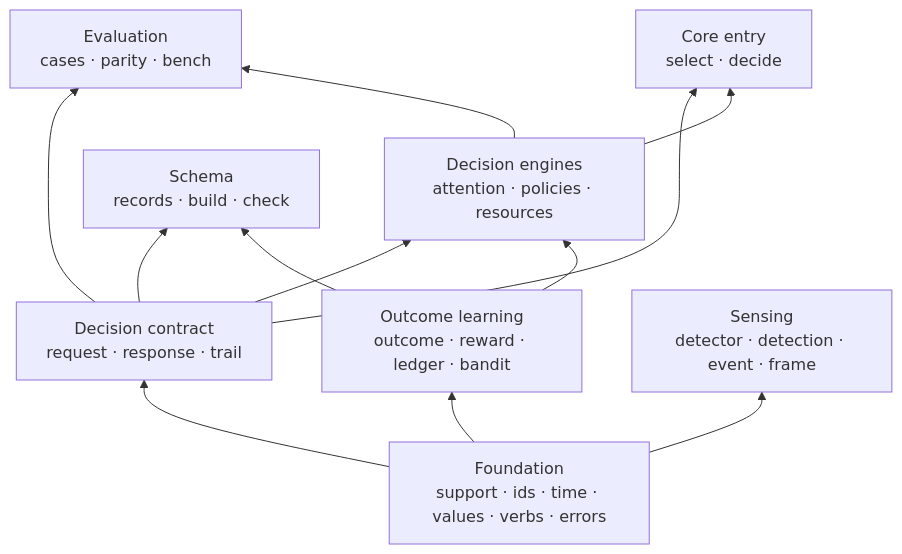
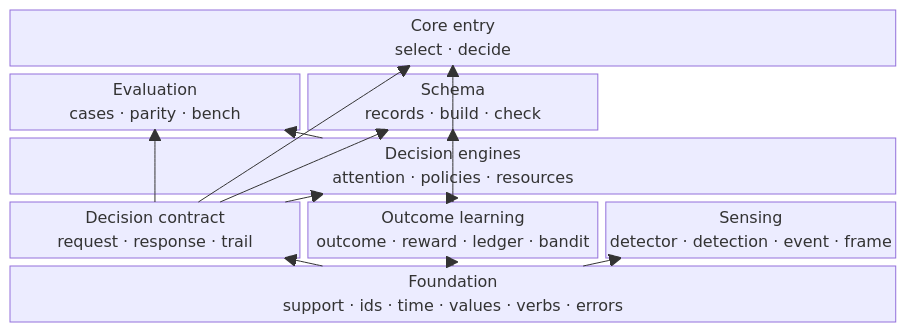
Before and after one commit to michaelatamuk/laix: the diagram in docs/core/00-core-architecture.md, drawn with Mermaid.

Commit message:
docs: use block-beta for the core building blocks

````diff
--- a/docs/core/00-core-architecture.md
+++ b/docs/core/00-core-architecture.md
@@ -6,27 +6,26 @@
 ```mermaid
-flowchart BT
-    foundation["Foundation<br/>support · ids · time · values · verbs · errors"]
-    contracts["Decision contract<br/>request · response · trail"]
-    learning["Outcome learning<br/>outcome · reward · ledger · bandit"]
-    sensing["Sensing<br/>detector · detection · event · frame"]
-    engines["Decision engines<br/>attention · policies · resources"]
-    evaluation["Evaluation<br/>cases · parity · bench"]
-    schema["Schema<br/>records · build · check"]
-    entry["Core entry<br/>select · decide"]
+block-beta
+    columns 3
 
-    foundation --> contracts
+    entry["Core entry<br/>select · decide"]:3
+    evaluation["Evaluation<br/>cases · parity · bench"] schema["Schema<br/>records · build · check"] space
+    engines["Decision engines<br/>attention · policies · resources"]:3
+    contract["Decision contract<br/>request · response · trail"] learning["Outcome learning<br/>outcome · reward · ledger · bandit"] sensing["Sensing<br/>detector · detection · event · frame"]
+    foundation["Foundation<br/>support · ids · time · values · verbs · errors"]:3
+
+    foundation --> contract
     foundation --> learning
     foundation --> sensing
 
-    contracts --> engines
+    contract --> engines
     learning --> engines
 
-    contracts --> evaluation
+    contract --> evaluation
     engines --> evaluation
 
-    contracts --> schema
+    contract --> schema
     learning --> schema
 
-    contracts --> entry
+    contract --> entry
     engines --> entry
 ```
````
